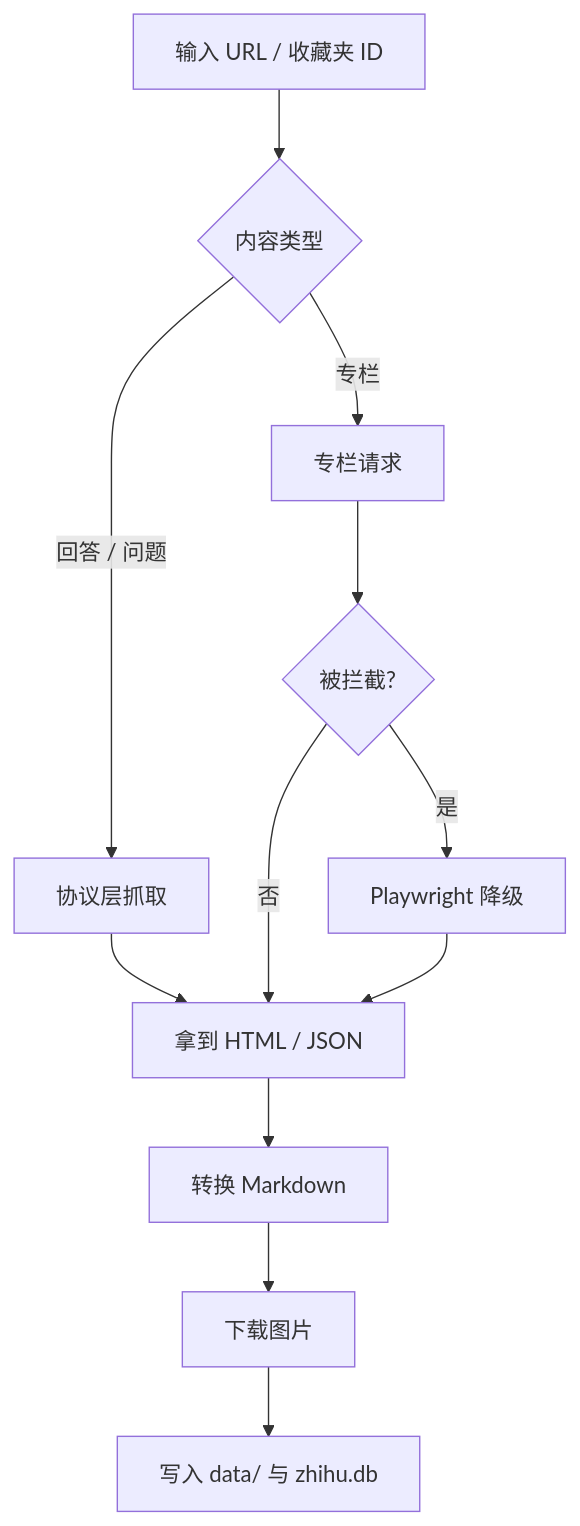
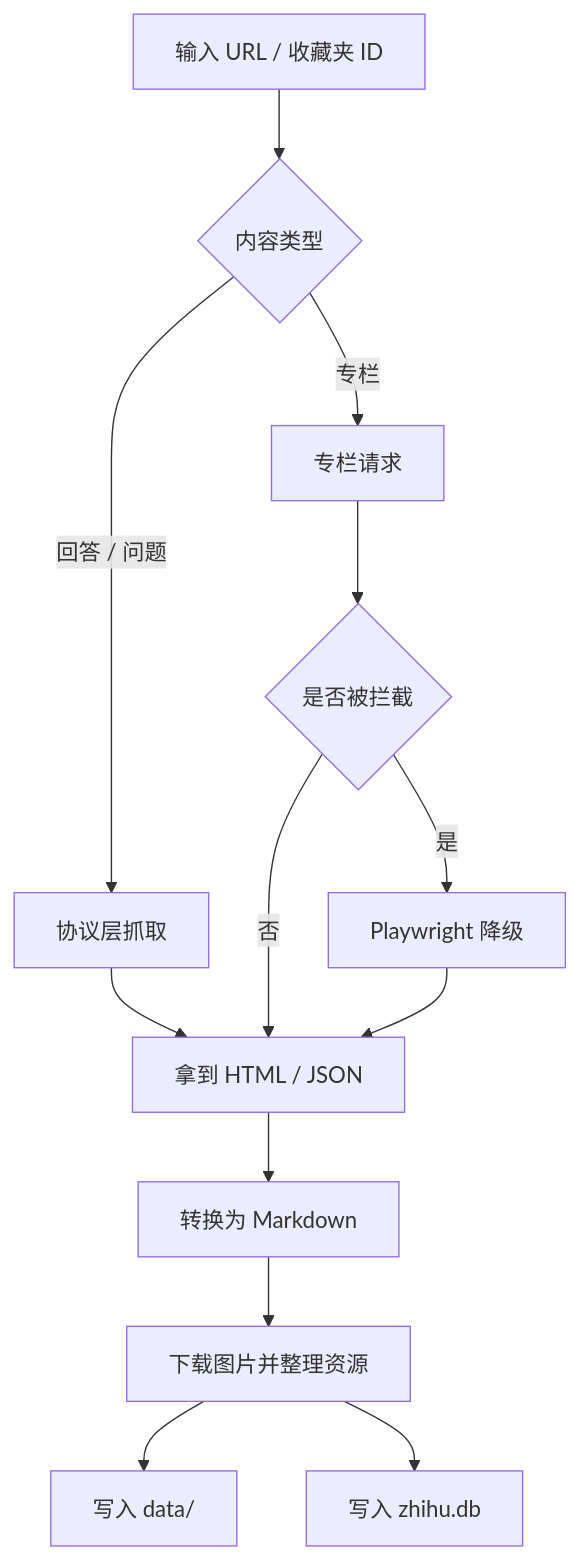
Before and after one commit to Smartloe/zhihu-scraper: the second of 2 diagrams in README.md, drawn with Mermaid. The commit also changed other lines of this file and 1 other file, not shown here.

````diff
--- a/README.md
+++ b/README.md
@@ -117,14 +159,15 @@
 ```mermaid
 flowchart TD
     A["输入 URL / 收藏夹 ID"] --> B{"内容类型"}
     B -->|回答 / 问题| C["协议层抓取"]
     B -->|专栏| D["专栏请求"]
     C --> E["拿到 HTML / JSON"]
-    D --> F{"被拦截?"}
+    D --> F{"是否被拦截"}
     F -->|否| E
     F -->|是| G["Playwright 降级"]
     G --> E
-    E --> H["转换 Markdown"]
-    H --> I["下载图片"]
-    I --> J["写入 data/ 与 zhihu.db"]
+    E --> H["转换为 Markdown"]
+    H --> I["下载图片并整理资源"]
+    I --> J["写入 data/"]
+    I --> K["写入 zhihu.db"]
 ```
````
